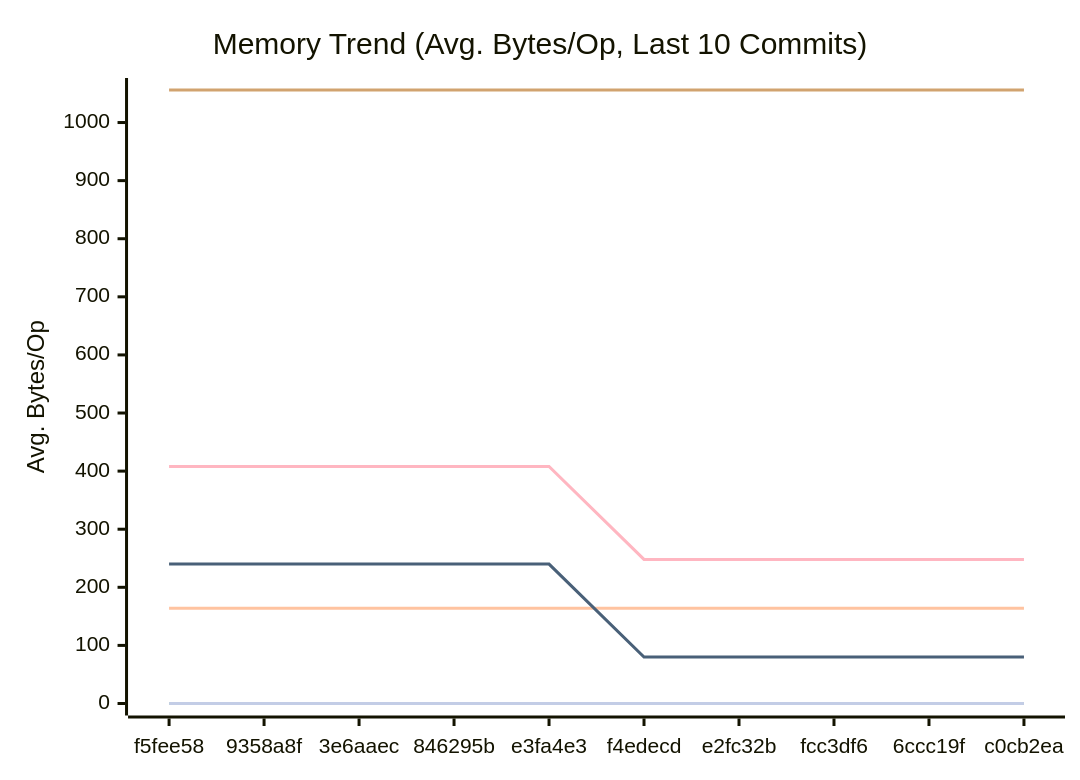
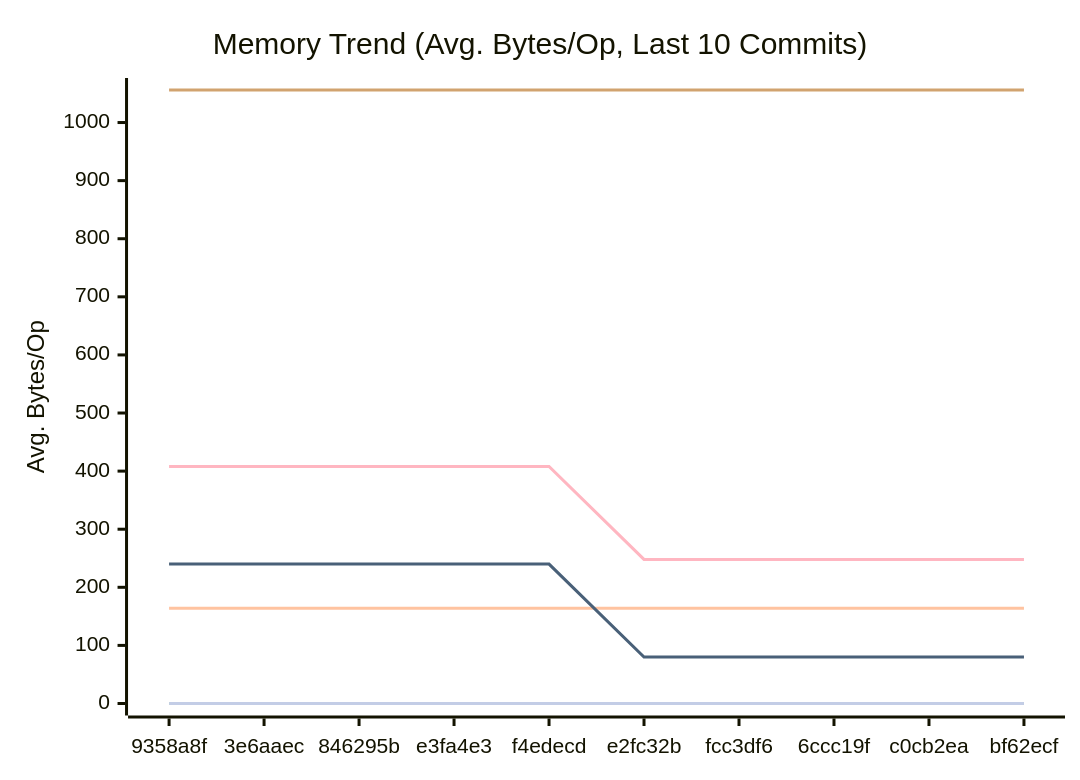
The second of 3 diagrams in docs/PERFORMANCE.md (alsotoes/momo), drawn with Mermaid before and after one commit. The commit also changed other lines of this file and 3 other files, not shown here.

````diff
--- a/docs/PERFORMANCE.md
+++ b/docs/PERFORMANCE.md
@@ -97,16 +97,16 @@
 ```mermaid
 xychart-beta
     title "Memory Trend (Avg. Bytes/Op, Last 10 Commits)"
     x-axis "Commit"
     y-axis "Avg. Bytes/Op"
-    x-axis [f5fee58,9358a8f,3e6aaec,846295b,e3fa4e3,f4edecd,e2fc32b,fcc3df6,6ccc19f,c0cb2ea]
+    x-axis [9358a8f,3e6aaec,846295b,e3fa4e3,f4edecd,e2fc32b,fcc3df6,6ccc19f,c0cb2ea,bf62ecf]
     line "CheckMetricsAndSwap" [0,0,0,0,0,0,0,0,0,0]
     line "CrushOptimized" [0,0,0,0,0,0,0,0,0,0]
     line "CrushOriginal" [164,164,164,164,164,164,164,164,164,164]
     line "IndexDirectTracking" [0,0,0,0,0,0,0,0,0,0]
     line "IndexSearch" [0,0,0,0,0,0,0,0,0,0]
     line "LoadGlobalConfig" [1056,1056,1056,1056,1056,1056,1056,1056,1056,1056]
     line "PadString" [0,0,0,0,0,0,0,0,0,0]
     line "ParseReplicationOrder_NoPrealloc" [408,408,408,408,408,248,248,248,248,248]
     line "ParseReplicationOrder_Prealloc" [240,240,240,240,240,80,80,80,80,80]
 ```
````
